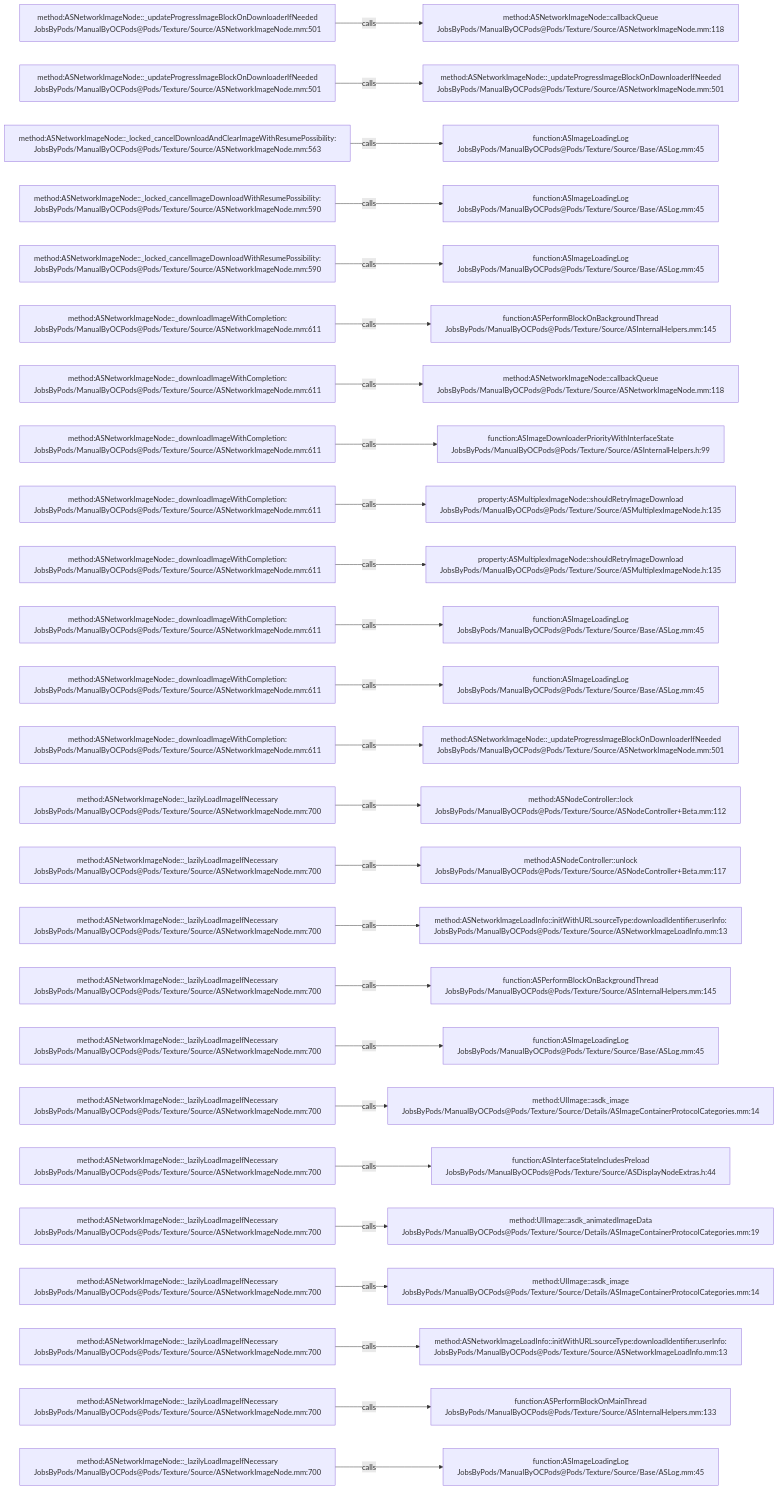
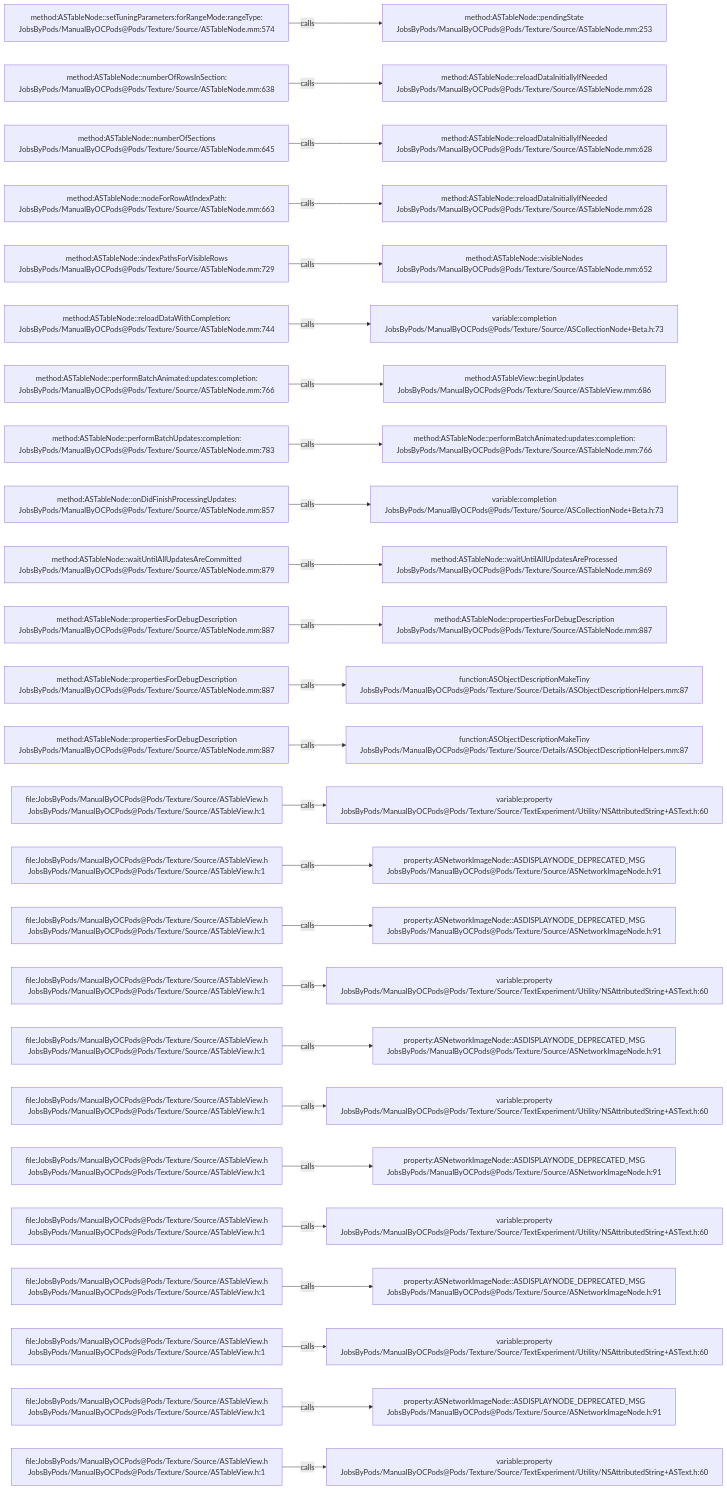
One commit to JobsKits/JobsOCBaseConfigDemo changed the diagram in .codegraph/codegraph.md/graphs/calls-126.md. Above: the diagram before and after it, drawn with Mermaid. The commit also changed 1223 other files, not shown here.

````diff
--- a/.codegraph/codegraph.md/graphs/calls-126.md
+++ b/.codegraph/codegraph.md/graphs/calls-126.md
@@ -13,78 +13,78 @@
 ```mermaid
 flowchart LR
-  S1["method:ASNetworkImageNode::_updateProgressImageBlockOnDownloaderIfNeeded<br/>JobsByPods/ManualByOCPods@Pods/Texture/Source/ASNetworkImageNode.mm:501"]
-  T1["method:ASNetworkImageNode::callbackQueue<br/>JobsByPods/ManualByOCPods@Pods/Texture/Source/ASNetworkImageNode.mm:118"]
+  S1["method:ASTableNode::setTuningParameters:forRangeMode:rangeType:<br/>JobsByPods/ManualByOCPods@Pods/Texture/Source/ASTableNode.mm:574"]
+  T1["method:ASTableNode::pendingState<br/>JobsByPods/ManualByOCPods@Pods/Texture/Source/ASTableNode.mm:253"]
   S1 -->|calls| T1
-  S2["method:ASNetworkImageNode::_updateProgressImageBlockOnDownloaderIfNeeded<br/>JobsByPods/ManualByOCPods@Pods/Texture/Source/ASNetworkImageNode.mm:501"]
-  T2["method:ASNetworkImageNode::_updateProgressImageBlockOnDownloaderIfNeeded<br/>JobsByPods/ManualByOCPods@Pods/Texture/Source/ASNetworkImageNode.mm:501"]
+  S2["method:ASTableNode::numberOfRowsInSection:<br/>JobsByPods/ManualByOCPods@Pods/Texture/Source/ASTableNode.mm:638"]
+  T2["method:ASTableNode::reloadDataInitiallyIfNeeded<br/>JobsByPods/ManualByOCPods@Pods/Texture/Source/ASTableNode.mm:628"]
   S2 -->|calls| T2
-  S3["method:ASNetworkImageNode::_locked_cancelDownloadAndClearImageWithResumePossibility:<br/>JobsByPods/ManualByOCPods@Pods/Texture/Source/ASNetworkImageNode.mm:563"]
-  T3["function:ASImageLoadingLog<br/>JobsByPods/ManualByOCPods@Pods/Texture/Source/Base/ASLog.mm:45"]
+  S3["method:ASTableNode::numberOfSections<br/>JobsByPods/ManualByOCPods@Pods/Texture/Source/ASTableNode.mm:645"]
+  T3["method:ASTableNode::reloadDataInitiallyIfNeeded<br/>JobsByPods/ManualByOCPods@Pods/Texture/Source/ASTableNode.mm:628"]
   S3 -->|calls| T3
-  S4["method:ASNetworkImageNode::_locked_cancelImageDownloadWithResumePossibility:<br/>JobsByPods/ManualByOCPods@Pods/Texture/Source/ASNetworkImageNode.mm:590"]
-  T4["function:ASImageLoadingLog<br/>JobsByPods/ManualByOCPods@Pods/Texture/Source/Base/ASLog.mm:45"]
+  S4["method:ASTableNode::nodeForRowAtIndexPath:<br/>JobsByPods/ManualByOCPods@Pods/Texture/Source/ASTableNode.mm:663"]
+  T4["method:ASTableNode::reloadDataInitiallyIfNeeded<br/>JobsByPods/ManualByOCPods@Pods/Texture/Source/ASTableNode.mm:628"]
   S4 -->|calls| T4
-  S5["method:ASNetworkImageNode::_locked_cancelImageDownloadWithResumePossibility:<br/>JobsByPods/ManualByOCPods@Pods/Texture/Source/ASNetworkImageNode.mm:590"]
-  T5["function:ASImageLoadingLog<br/>JobsByPods/ManualByOCPods@Pods/Texture/Source/Base/ASLog.mm:45"]
+  S5["method:ASTableNode::indexPathsForVisibleRows<br/>JobsByPods/ManualByOCPods@Pods/Texture/Source/ASTableNode.mm:729"]
+  T5["method:ASTableNode::visibleNodes<br/>JobsByPods/ManualByOCPods@Pods/Texture/Source/ASTableNode.mm:652"]
   S5 -->|calls| T5
-  S6["method:ASNetworkImageNode::_downloadImageWithCompletion:<br/>JobsByPods/ManualByOCPods@Pods/Texture/Source/ASNetworkImageNode.mm:611"]
-  T6["function:ASPerformBlockOnBackgroundThread<br/>JobsByPods/ManualByOCPods@Pods/Texture/Source/ASInternalHelpers.mm:145"]
+  S6["method:ASTableNode::reloadDataWithCompletion:<br/>JobsByPods/ManualByOCPods@Pods/Texture/Source/ASTableNode.mm:744"]
+  T6["variable:completion<br/>JobsByPods/ManualByOCPods@Pods/Texture/Source/ASCollectionNode+Beta.h:73"]
   S6 -->|calls| T6
-  S7["method:ASNetworkImageNode::_downloadImageWithCompletion:<br/>JobsByPods/ManualByOCPods@Pods/Texture/Source/ASNetworkImageNode.mm:611"]
-  T7["method:ASNetworkImageNode::callbackQueue<br/>JobsByPods/ManualByOCPods@Pods/Texture/Source/ASNetworkImageNode.mm:118"]
+  S7["method:ASTableNode::performBatchAnimated:updates:completion:<br/>JobsByPods/ManualByOCPods@Pods/Texture/Source/ASTableNode.mm:766"]
+  T7["method:ASTableView::beginUpdates<br/>JobsByPods/ManualByOCPods@Pods/Texture/Source/ASTableView.mm:686"]
   S7 -->|calls| T7
-  S8["method:ASNetworkImageNode::_downloadImageWithCompletion:<br/>JobsByPods/ManualByOCPods@Pods/Texture/Source/ASNetworkImageNode.mm:611"]
-  T8["function:ASImageDownloaderPriorityWithInterfaceState<br/>JobsByPods/ManualByOCPods@Pods/Texture/Source/ASInternalHelpers.h:99"]
+  S8["method:ASTableNode::performBatchUpdates:completion:<br/>JobsByPods/ManualByOCPods@Pods/Texture/Source/ASTableNode.mm:783"]
+  T8["method:ASTableNode::performBatchAnimated:updates:completion:<br/>JobsByPods/ManualByOCPods@Pods/Texture/Source/ASTableNode.mm:766"]
   S8 -->|calls| T8
-  S9["method:ASNetworkImageNode::_downloadImageWithCompletion:<br/>JobsByPods/ManualByOCPods@Pods/Texture/Source/ASNetworkImageNode.mm:611"]
-  T9["property:ASMultiplexImageNode::shouldRetryImageDownload<br/>JobsByPods/ManualByOCPods@Pods/Texture/Source/ASMultiplexImageNode.h:135"]
+  S9["method:ASTableNode::onDidFinishProcessingUpdates:<br/>JobsByPods/ManualByOCPods@Pods/Texture/Source/ASTableNode.mm:857"]
+  T9["variable:completion<br/>JobsByPods/ManualByOCPods@Pods/Texture/Source/ASCollectionNode+Beta.h:73"]
   S9 -->|calls| T9
-  S10["method:ASNetworkImageNode::_downloadImageWithCompletion:<br/>JobsByPods/ManualByOCPods@Pods/Texture/Source/ASNetworkImageNode.mm:611"]
-  T10["property:ASMultiplexImageNode::shouldRetryImageDownload<br/>JobsByPods/ManualByOCPods@Pods/Texture/Source/ASMultiplexImageNode.h:135"]
+  S10["method:ASTableNode::waitUntilAllUpdatesAreCommitted<br/>JobsByPods/ManualByOCPods@Pods/Texture/Source/ASTableNode.mm:879"]
+  T10["method:ASTableNode::waitUntilAllUpdatesAreProcessed<br/>JobsByPods/ManualByOCPods@Pods/Texture/Source/ASTableNode.mm:869"]
   S10 -->|calls| T10
-  S11["method:ASNetworkImageNode::_downloadImageWithCompletion:<br/>JobsByPods/ManualByOCPods@Pods/Texture/Source/ASNetworkImageNode.mm:611"]
-  T11["function:ASImageLoadingLog<br/>JobsByPods/ManualByOCPods@Pods/Texture/Source/Base/ASLog.mm:45"]
+  S11["method:ASTableNode::propertiesForDebugDescription<br/>JobsByPods/ManualByOCPods@Pods/Texture/Source/ASTableNode.mm:887"]
+  T11["method:ASTableNode::propertiesForDebugDescription<br/>JobsByPods/ManualByOCPods@Pods/Texture/Source/ASTableNode.mm:887"]
   S11 -->|calls| T11
-  S12["method:ASNetworkImageNode::_downloadImageWithCompletion:<br/>JobsByPods/ManualByOCPods@Pods/Texture/Source/ASNetworkImageNode.mm:611"]
-  T12["function:ASImageLoadingLog<br/>JobsByPods/ManualByOCPods@Pods/Texture/Source/Base/ASLog.mm:45"]
+  S12["method:ASTableNode::propertiesForDebugDescription<br/>JobsByPods/ManualByOCPods@Pods/Texture/Source/ASTableNode.mm:887"]
+  T12["function:ASObjectDescriptionMakeTiny<br/>JobsByPods/ManualByOCPods@Pods/Texture/Source/Details/ASObjectDescriptionHelpers.mm:87"]
   S12 -->|calls| T12
-  S13["method:ASNetworkImageNode::_downloadImageWithCompletion:<br/>JobsByPods/ManualByOCPods@Pods/Texture/Source/ASNetworkImageNode.mm:611"]
-  T13["method:ASNetworkImageNode::_updateProgressImageBlockOnDownloaderIfNeeded<br/>JobsByPods/ManualByOCPods@Pods/Texture/Source/ASNetworkImageNode.mm:501"]
+  S13["method:ASTableNode::propertiesForDebugDescription<br/>JobsByPods/ManualByOCPods@Pods/Texture/Source/ASTableNode.mm:887"]
+  T13["function:ASObjectDescriptionMakeTiny<br/>JobsByPods/ManualByOCPods@Pods/Texture/Source/Details/ASObjectDescriptionHelpers.mm:87"]
   S13 -->|calls| T13
-  S14["method:ASNetworkImageNode::_lazilyLoadImageIfNecessary<br/>JobsByPods/ManualByOCPods@Pods/Texture/Source/ASNetworkImageNode.mm:700"]
-  T14["method:ASNodeController::lock<br/>JobsByPods/ManualByOCPods@Pods/Texture/Source/ASNodeController+Beta.mm:112"]
+  S14["file:JobsByPods/ManualByOCPods@Pods/Texture/Source/ASTableView.h<br/>JobsByPods/ManualByOCPods@Pods/Texture/Source/ASTableView.h:1"]
+  T14["variable:property<br/>JobsByPods/ManualByOCPods@Pods/Texture/Source/TextExperiment/Utility/NSAttributedString+ASText.h:60"]
   S14 -->|calls| T14
-  S15["method:ASNetworkImageNode::_lazilyLoadImageIfNecessary<br/>JobsByPods/ManualByOCPods@Pods/Texture/Source/ASNetworkImageNode.mm:700"]
-  T15["method:ASNodeController::unlock<br/>JobsByPods/ManualByOCPods@Pods/Texture/Source/ASNodeController+Beta.mm:117"]
+  S15["file:JobsByPods/ManualByOCPods@Pods/Texture/Source/ASTableView.h<br/>JobsByPods/ManualByOCPods@Pods/Texture/Source/ASTableView.h:1"]
+  T15["property:ASNetworkImageNode::ASDISPLAYNODE_DEPRECATED_MSG<br/>JobsByPods/ManualByOCPods@Pods/Texture/Source/ASNetworkImageNode.h:91"]
   S15 -->|calls| T15
-  S16["method:ASNetworkImageNode::_lazilyLoadImageIfNecessary<br/>JobsByPods/ManualByOCPods@Pods/Texture/Source/ASNetworkImageNode.mm:700"]
-  T16["method:ASNetworkImageLoadInfo::initWithURL:sourceType:downloadIdentifier:userInfo:<br/>JobsByPods/ManualByOCPods@Pods/Texture/Source/ASNetworkImageLoadInfo.mm:13"]
+  S16["file:JobsByPods/ManualByOCPods@Pods/Texture/Source/ASTableView.h<br/>JobsByPods/ManualByOCPods@Pods/Texture/Source/ASTableView.h:1"]
+  T16["property:ASNetworkImageNode::ASDISPLAYNODE_DEPRECATED_MSG<br/>JobsByPods/ManualByOCPods@Pods/Texture/Source/ASNetworkImageNode.h:91"]
   S16 -->|calls| T16
-  S17["method:ASNetworkImageNode::_lazilyLoadImageIfNecessary<br/>JobsByPods/ManualByOCPods@Pods/Texture/Source/ASNetworkImageNode.mm:700"]
-  T17["function:ASPerformBlockOnBackgroundThread<br/>JobsByPods/ManualByOCPods@Pods/Texture/Source/ASInternalHelpers.mm:145"]
+  S17["file:JobsByPods/ManualByOCPods@Pods/Texture/Source/ASTableView.h<br/>JobsByPods/ManualByOCPods@Pods/Texture/Source/ASTableView.h:1"]
+  T17["variable:property<br/>JobsByPods/ManualByOCPods@Pods/Texture/Source/TextExperiment/Utility/NSAttributedString+ASText.h:60"]
   S17 -->|calls| T17
-  S18["method:ASNetworkImageNode::_lazilyLoadImageIfNecessary<br/>JobsByPods/ManualByOCPods@Pods/Texture/Source/ASNetworkImageNode.mm:700"]
-  T18["function:ASImageLoadingLog<br/>JobsByPods/ManualByOCPods@Pods/Texture/Source/Base/ASLog.mm:45"]
+  S18["file:JobsByPods/ManualByOCPods@Pods/Texture/Source/ASTableView.h<br/>JobsByPods/ManualByOCPods@Pods/Texture/Source/ASTableView.h:1"]
+  T18["property:ASNetworkImageNode::ASDISPLAYNODE_DEPRECATED_MSG<br/>JobsByPods/ManualByOCPods@Pods/Texture/Source/ASNetworkImageNode.h:91"]
   S18 -->|calls| T18
-  S19["method:ASNetworkImageNode::_lazilyLoadImageIfNecessary<br/>JobsByPods/ManualByOCPods@Pods/Texture/Source/ASNetworkImageNode.mm:700"]
-  T19["method:UIImage::asdk_image<br/>JobsByPods/ManualByOCPods@Pods/Texture/Source/Details/ASImageContainerProtocolCategories.mm:14"]
+  S19["file:JobsByPods/ManualByOCPods@Pods/Texture/Source/ASTableView.h<br/>JobsByPods/ManualByOCPods@Pods/Texture/Source/ASTableView.h:1"]
+  T19["variable:property<br/>JobsByPods/ManualByOCPods@Pods/Texture/Source/TextExperiment/Utility/NSAttributedString+ASText.h:60"]
   S19 -->|calls| T19
-  S20["method:ASNetworkImageNode::_lazilyLoadImageIfNecessary<br/>JobsByPods/ManualByOCPods@Pods/Texture/Source/ASNetworkImageNode.mm:700"]
-  T20["function:ASInterfaceStateIncludesPreload<br/>JobsByPods/ManualByOCPods@Pods/Texture/Source/ASDisplayNodeExtras.h:44"]
+  S20["file:JobsByPods/ManualByOCPods@Pods/Texture/Source/ASTableView.h<br/>JobsByPods/ManualByOCPods@Pods/Texture/Source/ASTableView.h:1"]
+  T20["property:ASNetworkImageNode::ASDISPLAYNODE_DEPRECATED_MSG<br/>JobsByPods/ManualByOCPods@Pods/Texture/Source/ASNetworkImageNode.h:91"]
   S20 -->|calls| T20
-  S21["method:ASNetworkImageNode::_lazilyLoadImageIfNecessary<br/>JobsByPods/ManualByOCPods@Pods/Texture/Source/ASNetworkImageNode.mm:700"]
-  T21["method:UIImage::asdk_animatedImageData<br/>JobsByPods/ManualByOCPods@Pods/Texture/Source/Details/ASImageContainerProtocolCategories.mm:19"]
+  S21["file:JobsByPods/ManualByOCPods@Pods/Texture/Source/ASTableView.h<br/>JobsByPods/ManualByOCPods@Pods/Texture/Source/ASTableView.h:1"]
+  T21["variable:property<br/>JobsByPods/ManualByOCPods@Pods/Texture/Source/TextExperiment/Utility/NSAttributedString+ASText.h:60"]
   S21 -->|calls| T21
-  S22["method:ASNetworkImageNode::_lazilyLoadImageIfNecessary<br/>JobsByPods/ManualByOCPods@Pods/Texture/Source/ASNetworkImageNode.mm:700"]
-  T22["method:UIImage::asdk_image<br/>JobsByPods/ManualByOCPods@Pods/Texture/Source/Details/ASImageContainerProtocolCategories.mm:14"]
+  S22["file:JobsByPods/ManualByOCPods@Pods/Texture/Source/ASTableView.h<br/>JobsByPods/ManualByOCPods@Pods/Texture/Source/ASTableView.h:1"]
+  T22["property:ASNetworkImageNode::ASDISPLAYNODE_DEPRECATED_MSG<br/>JobsByPods/ManualByOCPods@Pods/Texture/Source/ASNetworkImageNode.h:91"]
   S22 -->|calls| T22
-  S23["method:ASNetworkImageNode::_lazilyLoadImageIfNecessary<br/>JobsByPods/ManualByOCPods@Pods/Texture/Source/ASNetworkImageNode.mm:700"]
-  T23["method:ASNetworkImageLoadInfo::initWithURL:sourceType:downloadIdentifier:userInfo:<br/>JobsByPods/ManualByOCPods@Pods/Texture/Source/ASNetworkImageLoadInfo.mm:13"]
+  S23["file:JobsByPods/ManualByOCPods@Pods/Texture/Source/ASTableView.h<br/>JobsByPods/ManualByOCPods@Pods/Texture/Source/ASTableView.h:1"]
+  T23["variable:property<br/>JobsByPods/ManualByOCPods@Pods/Texture/Source/TextExperiment/Utility/NSAttributedString+ASText.h:60"]
   S23 -->|calls| T23
-  S24["method:ASNetworkImageNode::_lazilyLoadImageIfNecessary<br/>JobsByPods/ManualByOCPods@Pods/Texture/Source/ASNetworkImageNode.mm:700"]
-  T24["function:ASPerformBlockOnMainThread<br/>JobsByPods/ManualByOCPods@Pods/Texture/Source/ASInternalHelpers.mm:133"]
+  S24["file:JobsByPods/ManualByOCPods@Pods/Texture/Source/ASTableView.h<br/>JobsByPods/ManualByOCPods@Pods/Texture/Source/ASTableView.h:1"]
+  T24["property:ASNetworkImageNode::ASDISPLAYNODE_DEPRECATED_MSG<br/>JobsByPods/ManualByOCPods@Pods/Texture/Source/ASNetworkImageNode.h:91"]
   S24 -->|calls| T24
-  S25["method:ASNetworkImageNode::_lazilyLoadImageIfNecessary<br/>JobsByPods/ManualByOCPods@Pods/Texture/Source/ASNetworkImageNode.mm:700"]
-  T25["function:ASImageLoadingLog<br/>JobsByPods/ManualByOCPods@Pods/Texture/Source/Base/ASLog.mm:45"]
+  S25["file:JobsByPods/ManualByOCPods@Pods/Texture/Source/ASTableView.h<br/>JobsByPods/ManualByOCPods@Pods/Texture/Source/ASTableView.h:1"]
+  T25["variable:property<br/>JobsByPods/ManualByOCPods@Pods/Texture/Source/TextExperiment/Utility/NSAttributedString+ASText.h:60"]
   S25 -->|calls| T25
 ```
````
